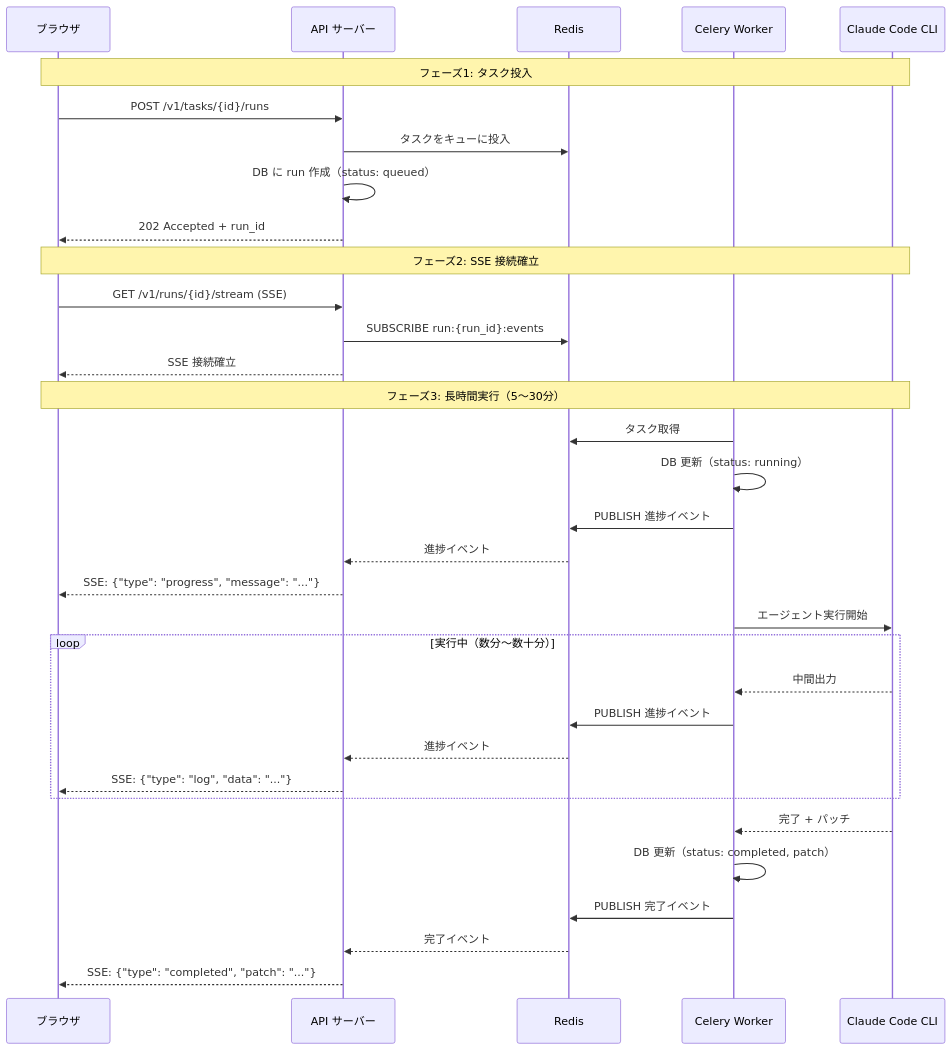
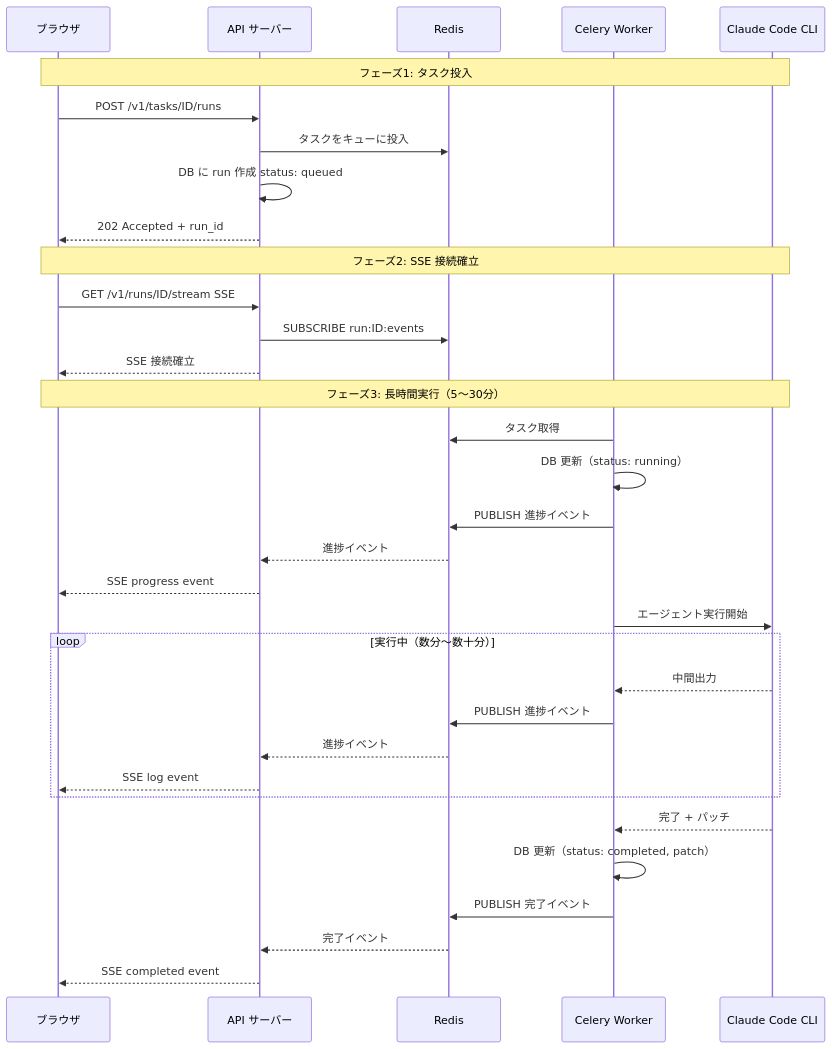
One commit to hampen2929/zloth changed the fifth of 16 diagrams in docs/azure_host_design.md. Above: the diagram before and after it, drawn with Mermaid. The commit also changed other lines of this file, not shown here.

Commit message:
Unable to render rich display
Created comprehensive Azure hosting design document in Japanese and fixed Mermaid diagram parse errors by removing curly braces from node labels in sequenceDiagram and flowchart blocks.

````diff
--- a/docs/azure_host_design.md
+++ b/docs/azure_host_design.md
@@ -302,44 +302,44 @@
 ```mermaid
 sequenceDiagram
     participant Browser as ブラウザ
     participant API as API サーバー
     participant Redis as Redis
     participant Worker as Celery Worker
     participant Claude as Claude Code CLI
 
     Note over Browser,Claude: フェーズ1: タスク投入
 
-    Browser->>API: POST /v1/tasks/{id}/runs
+    Browser->>API: POST /v1/tasks/ID/runs
     API->>Redis: タスクをキューに投入
-    API->>API: DB に run 作成（status: queued）
+    API->>API: DB に run 作成 status: queued
     API-->>Browser: 202 Accepted + run_id
 
     Note over Browser,Claude: フェーズ2: SSE 接続確立
 
-    Browser->>API: GET /v1/runs/{id}/stream (SSE)
-    API->>Redis: SUBSCRIBE run:{run_id}:events
+    Browser->>API: GET /v1/runs/ID/stream SSE
+    API->>Redis: SUBSCRIBE run:ID:events
     API-->>Browser: SSE 接続確立
 
     Note over Browser,Claude: フェーズ3: 長時間実行（5〜30分）
 
     Worker->>Redis: タスク取得
     Worker->>Worker: DB 更新（status: running）
     Worker->>Redis: PUBLISH 進捗イベント
     Redis-->>API: 進捗イベント
-    API-->>Browser: SSE: {"type": "progress", "message": "..."}
+    API-->>Browser: SSE progress event
 
     Worker->>Claude: エージェント実行開始
 
     loop 実行中（数分〜数十分）
         Claude-->>Worker: 中間出力
         Worker->>Redis: PUBLISH 進捗イベント
         Redis-->>API: 進捗イベント
-        API-->>Browser: SSE: {"type": "log", "data": "..."}
+        API-->>Browser: SSE log event
     end
 
     Claude-->>Worker: 完了 + パッチ
     Worker->>Worker: DB 更新（status: completed, patch）
     Worker->>Redis: PUBLISH 完了イベント
     Redis-->>API: 完了イベント
-    API-->>Browser: SSE: {"type": "completed", "patch": "..."}
+    API-->>Browser: SSE completed event
 ```
````
